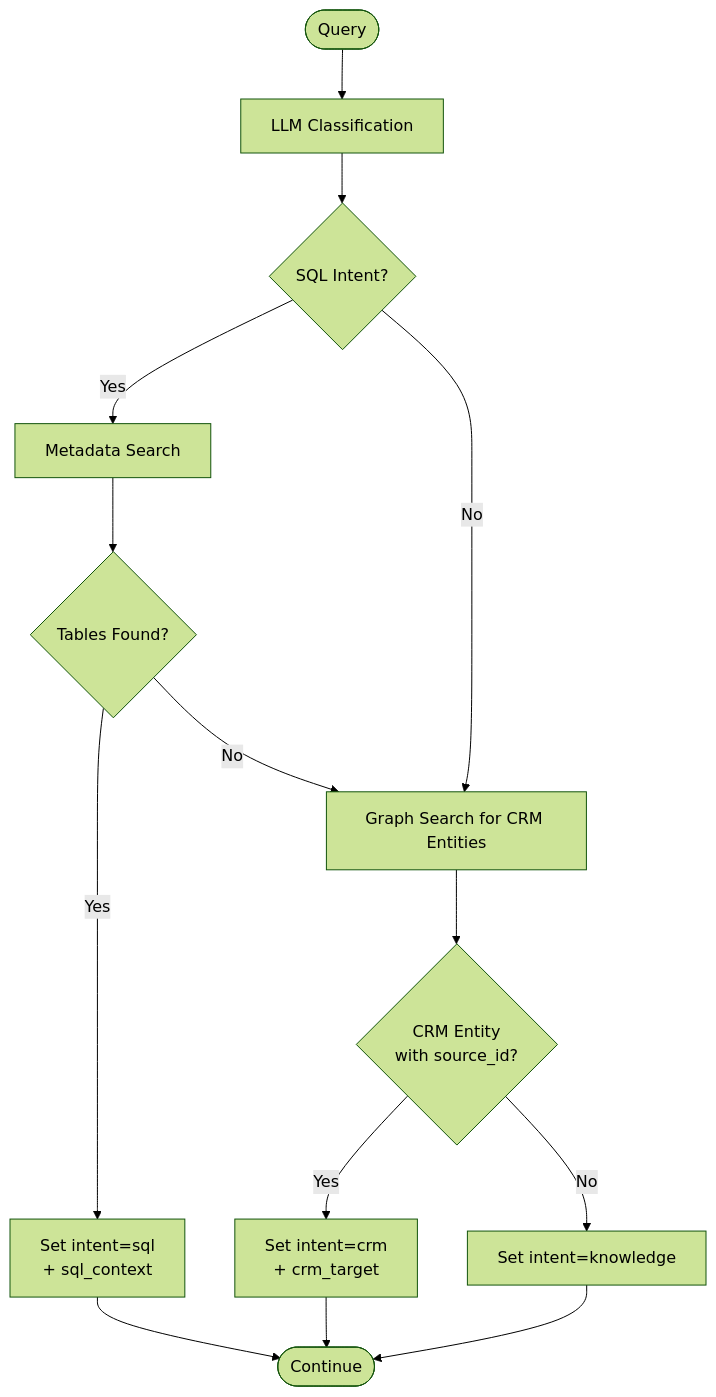
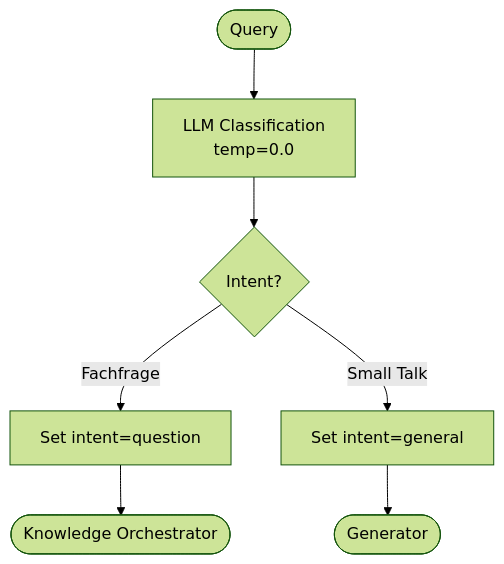
One commit to expoya/adizon-knowledge-core changed the third of 4 diagrams in docs/AGENTIC_RAG.md. Above: the diagram before and after it, drawn with Mermaid (forest theme). The commit also changed other lines of this file and 3 other files, not shown here.

````diff
--- a/docs/AGENTIC_RAG.md
+++ b/docs/AGENTIC_RAG.md
@@ -199,19 +198,9 @@
 ```mermaid
 flowchart TD
-    START([Query]) --> LLM[LLM Classification]
-    LLM --> CHECK{SQL Intent?}
-    CHECK -->|Yes| META[Metadata Search]
-    CHECK -->|No| GRAPH[Graph Search for CRM Entities]
-    
-    META --> FOUND{Tables Found?}
-    FOUND -->|Yes| SQL[Set intent=sql<br/>+ sql_context]
-    FOUND -->|No| GRAPH
-    
-    GRAPH --> ENTITY{CRM Entity<br/>with source_id?}
-    ENTITY -->|Yes| CRM[Set intent=crm<br/>+ crm_target]
-    ENTITY -->|No| KB[Set intent=knowledge]
-    
-    SQL --> END([Continue])
-    CRM --> END
-    KB --> END
+    START([Query]) --> LLM[LLM Classification<br/>temp=0.0]
+    LLM --> CHECK{Intent?}
+    CHECK -->|Fachfrage| QUESTION[Set intent=question]
+    CHECK -->|Small Talk| GENERAL[Set intent=general]
+    QUESTION --> KB([Knowledge Orchestrator])
+    GENERAL --> GEN([Generator])
 ```
````
